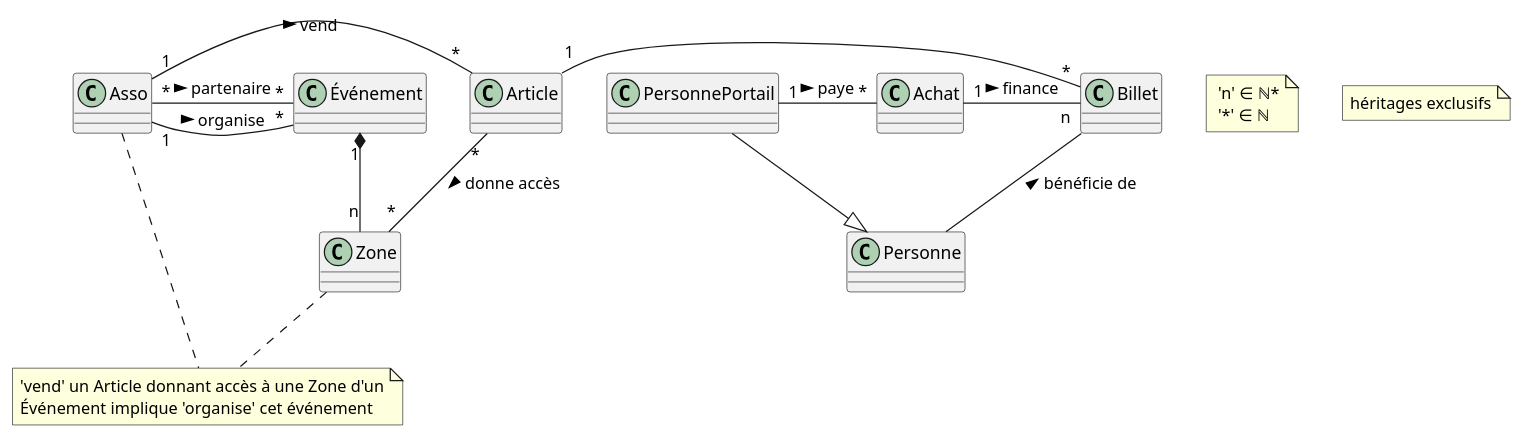
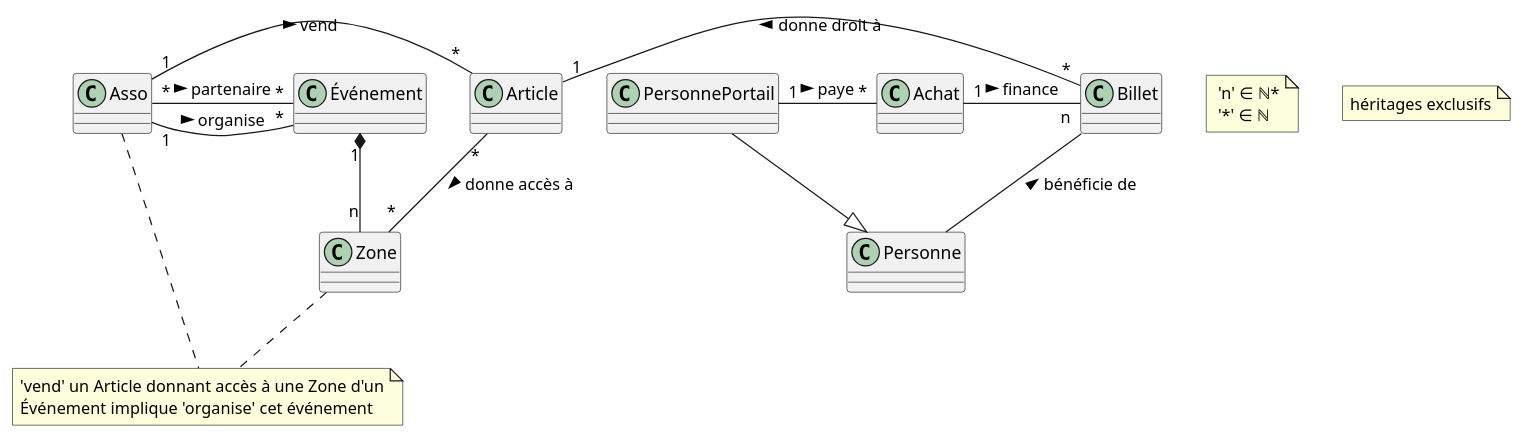
One commit to SiMDE-Projects/sparkle changed the diagram in doc-assets/sparkle.plantuml. Above: the diagram before and after it, drawn with PlantUML.

Commit message:
uml: nommage relation article-billet

```diff
--- a/doc-assets/sparkle.plantuml
+++ b/doc-assets/sparkle.plantuml
@@ -1,28 +1,28 @@
 @startuml sparkle
 skinparam groupInheritance 2
 
 note " 'n' ∈ ℕ*\n '*' ∈ ℕ" as N1
 note "héritages exclusifs" as N3
 
-Article "1" - "*" Billet
+Article "1" - "*" Billet : donne droit à <
 
 Asso "1" - "*" Article : vend >
 Asso "1" - "*" Événement : organise >
 
 note "'vend' un Article donnant accès à une Zone d'un\nÉvénement implique 'organise' cet événement" as N2
 Asso .. N2
 Zone .. N2
 
 Asso "*" - "*" Événement : partenaire >
 Événement "1" *-- "n" Zone
-Article "*" - "*" Zone : donne accès >
+Article "*" - "*" Zone : donne accès à >
 
 PersonnePortail --|> Personne
 
 Billet - Personne : bénéficie de <
 
 
 PersonnePortail "1" - "*" Achat : paye >
 Achat "1" - "n" Billet : finance >
 
 @enduml
```
